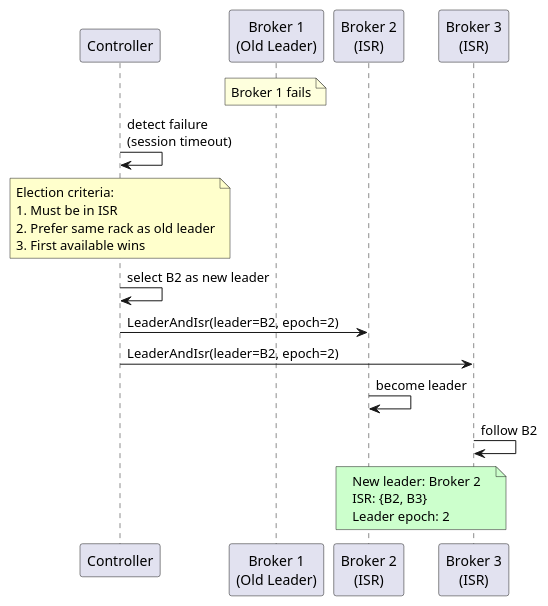
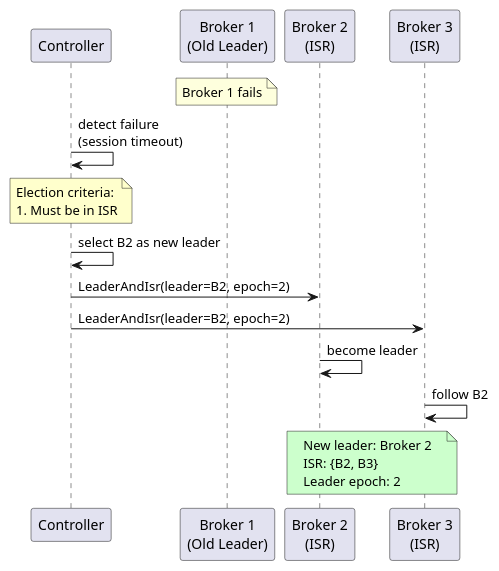
Before and after one commit to axonops/documentation: the fifth of 8 diagrams in docs/data-platforms/kafka/architecture/replication/index.md, drawn with PlantUML. The commit also changed other lines of this file and 34 other files, not shown here.

Commit message:
Updated Kafka architecture documents

````diff
--- a/docs/data-platforms/kafka/architecture/replication/index.md
+++ b/docs/data-platforms/kafka/architecture/replication/index.md
@@ -313,37 +313,35 @@
 ```plantuml
 @startuml
 
 skinparam backgroundColor transparent
 
 participant "Controller" as C
 participant "Broker 1\n(Old Leader)" as B1
 participant "Broker 2\n(ISR)" as B2
 participant "Broker 3\n(ISR)" as B3
 
 note over B1: Broker 1 fails
 
 C -> C : detect failure\n(session timeout)
 
 note over C #ffffcc
   Election criteria:
   1. Must be in ISR
-  2. Prefer same rack as old leader
-  3. First available wins
 end note
 
 C -> C : select B2 as new leader
 
 C -> B2 : LeaderAndIsr(leader=B2, epoch=2)
 C -> B3 : LeaderAndIsr(leader=B2, epoch=2)
 
 B2 -> B2 : become leader
 B3 -> B3 : follow B2
 
 note over B2, B3 #ccffcc
   New leader: Broker 2
   ISR: {B2, B3}
   Leader epoch: 2
 end note
 
 @enduml
 ```
````
